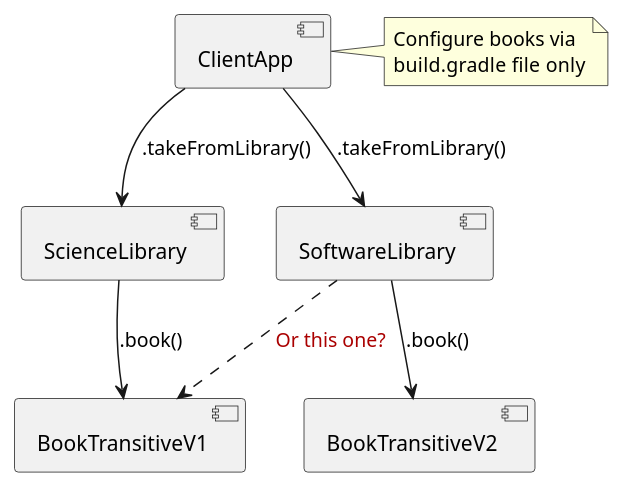
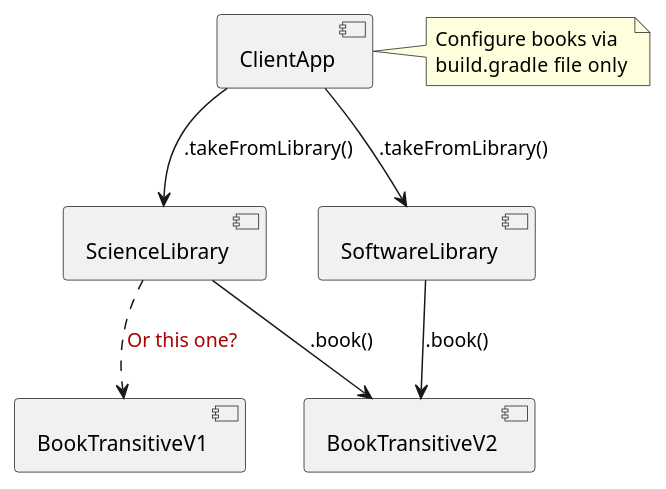
The diagram in docs/components.puml (tfedorov/GradleDependencies), drawn with PlantUML before and after one commit. The commit also changed 1 other file, not shown here.

Commit message:
Fixed diagram

```diff
--- a/docs/components.puml
+++ b/docs/components.puml
@@ -2,28 +2,28 @@
 @startuml
 
 
 component  "ClientApp" as app
 component  "ScienceLibrary" as sci
 component  "SoftwareLibrary" as soft
 component  "BookTransitiveV1" as book1
 component  "BookTransitiveV2" as book2
 
 
 
 app --> soft : .takeFromLibrary()
 app --> sci : .takeFromLibrary()
 
 
-sci --> book1 : .book()
+sci --> book2 : .book()
 soft --> book2 : .book()
 
 skinparam component  {
   ArrowFontColor #aa0000
 }
-soft ..> book1 : Or this one?
+sci ..> book1 : Or this one?
 
 note right of [app]
   Configure books via
   build.gradle file  only
 end note
 @enduml
```
